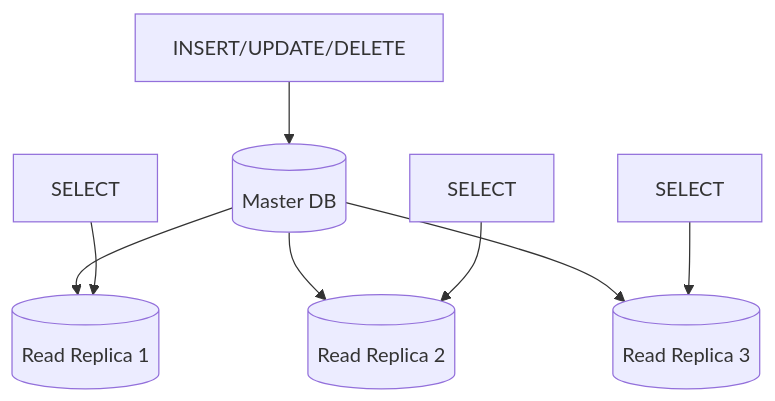
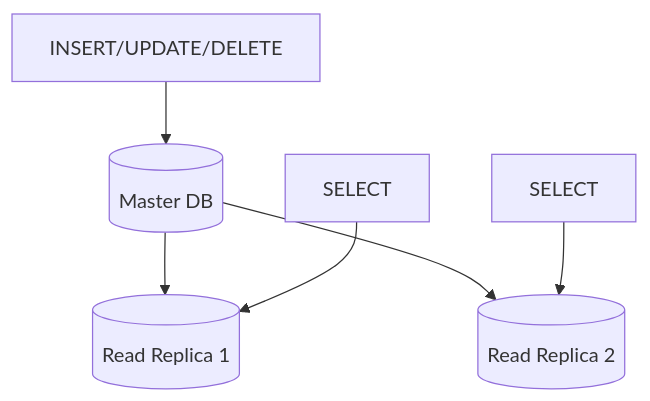
Before and after one commit to KimSeogyu/KimSeogyu.github.io: the sixth of 8 diagrams in src/content/backend/devops/서비스-규모에-따른-스케일링-전략.md, drawn with Mermaid. The commit also changed other lines of this file and 7 other files, not shown here.

````diff
--- a/src/content/backend/devops/서비스-규모에-따른-스케일링-전략.md
+++ b/src/content/backend/devops/서비스-규모에-따른-스케일링-전략.md
@@ -156,10 +152,8 @@
 ```mermaid
 flowchart TB
     Write["INSERT/UPDATE/DELETE"] --> Master[(Master DB)]
     Master --> R1[(Read Replica 1)]
     Master --> R2[(Read Replica 2)]
-    Master --> R3[(Read Replica 3)]
     Read1[SELECT] --> R1
     Read2[SELECT] --> R2
-    Read3[SELECT] --> R3
 ```
````
